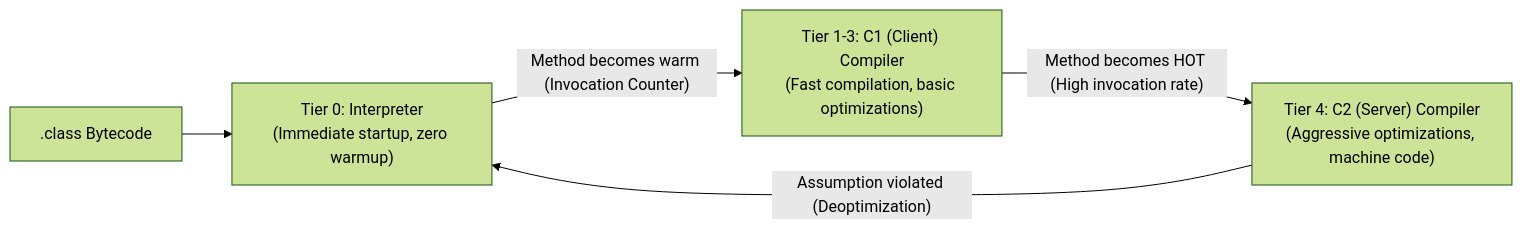
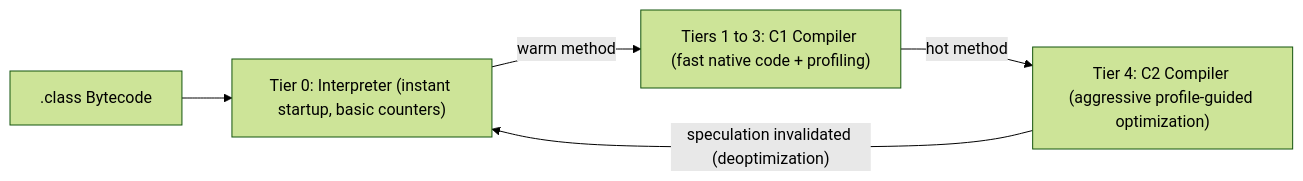
One commit to ravishankar2463/java_hub changed the fourth of 4 diagrams in content/roadmap/level-3/jvm-architecture-internals.md. Above: the diagram before and after it, drawn with Mermaid (forest theme). The commit also changed other lines of this file and 119 other files, not shown here.

Commit message:
feat: add comprehensive java learning roadmap content across multiple levels

````diff
--- a/content/roadmap/level-3/jvm-architecture-internals.md
+++ b/content/roadmap/level-3/jvm-architecture-internals.md
@@ -189,7 +222,7 @@
 ```mermaid
 flowchart LR
-    Bytecode[".class Bytecode"] --> Interpreter["Tier 0: Interpreter<br/>(Immediate startup, zero warmup)"]
-    Interpreter -->|"Method becomes warm (Invocation Counter)"| C1["Tier 1-3: C1 (Client) Compiler<br/>(Fast compilation, basic optimizations)"]
-    C1 -->|"Method becomes HOT (High invocation rate)"| C2["Tier 4: C2 (Server) Compiler<br/>(Aggressive optimizations, machine code)"]
-    C2 -->|"Assumption violated (Deoptimization)"| Interpreter
+    bytecode[".class Bytecode"] --> interp["Tier 0: Interpreter (instant startup, basic counters)"]
+    interp -->|"warm method"| c1["Tiers 1 to 3: C1 Compiler (fast native code + profiling)"]
+    c1 -->|"hot method"| c2["Tier 4: C2 Compiler (aggressive profile-guided optimization)"]
+    c2 -->|"speculation invalidated (deoptimization)"| interp
 ```
````
